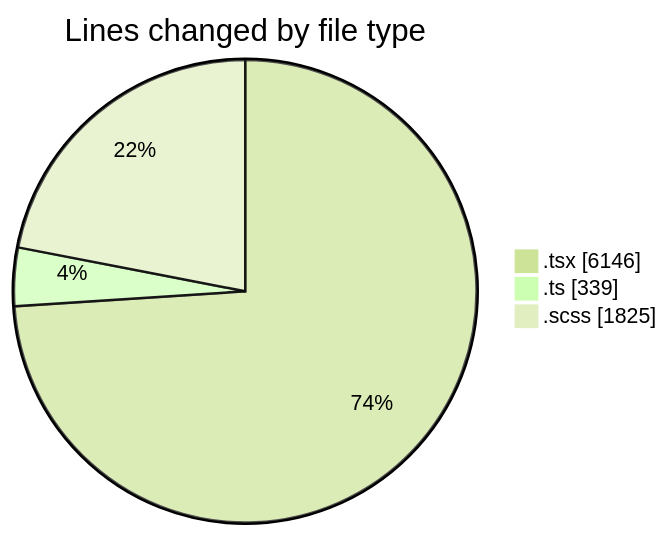
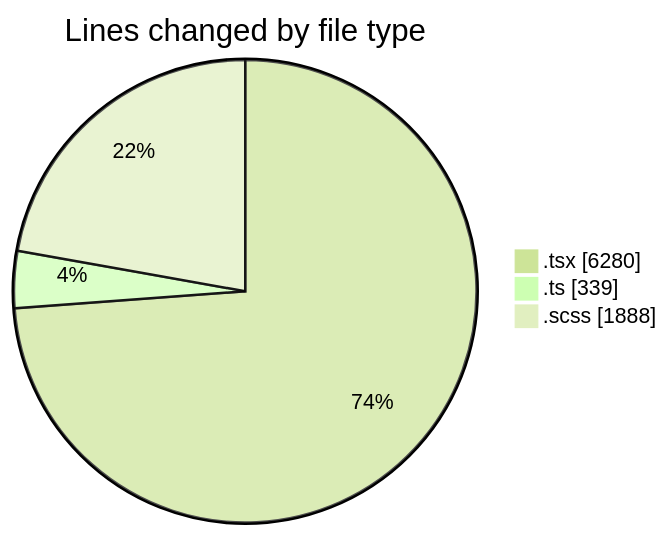
Before and after one commit to momahboobian/code-tracking: the first of 2 diagrams in 2025-07-08/cda/README.md, drawn with Mermaid (forest theme). The commit also changed other lines of this file and 1 other file, not shown here.

````diff
--- a/2025-07-08/cda/README.md
+++ b/2025-07-08/cda/README.md
@@ -49,7 +49,7 @@
 ```mermaid
 pie showData
 title Lines changed by file type
-".tsx" : 6146
+".tsx" : 6280
 ".ts" : 339
-".scss" : 1825
+".scss" : 1888
 ```
````
